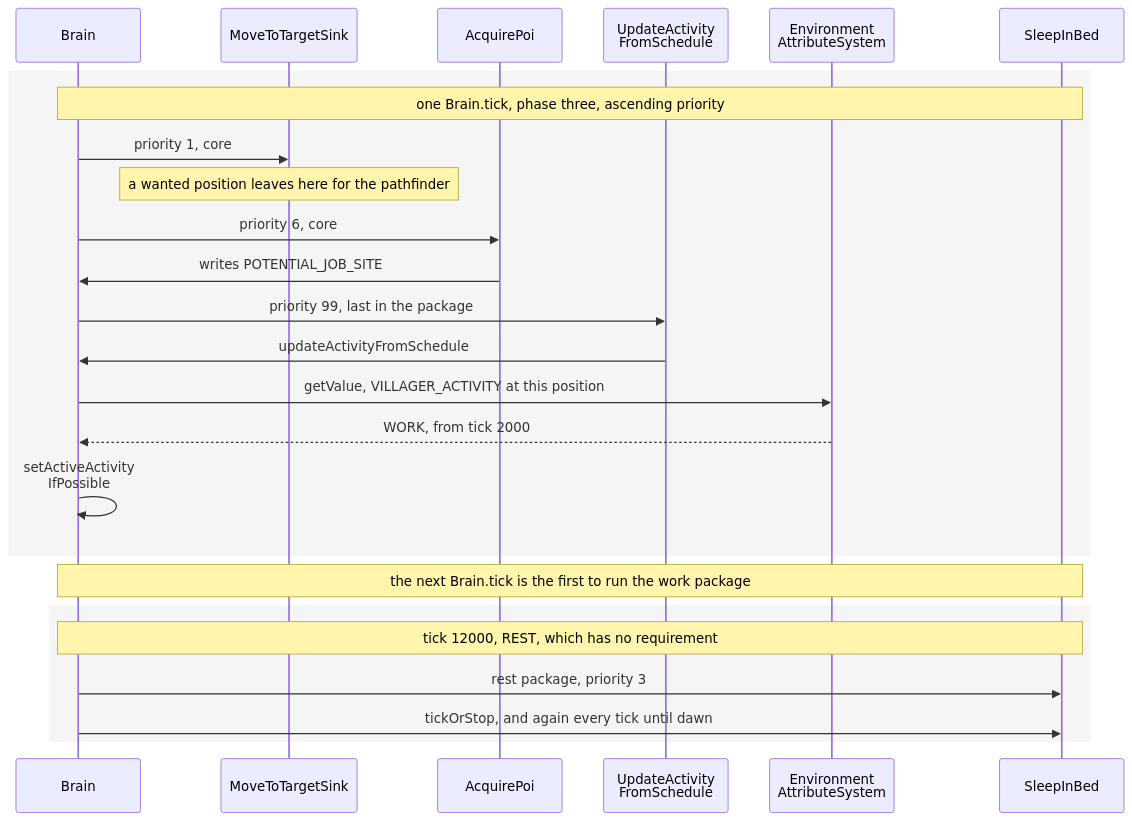
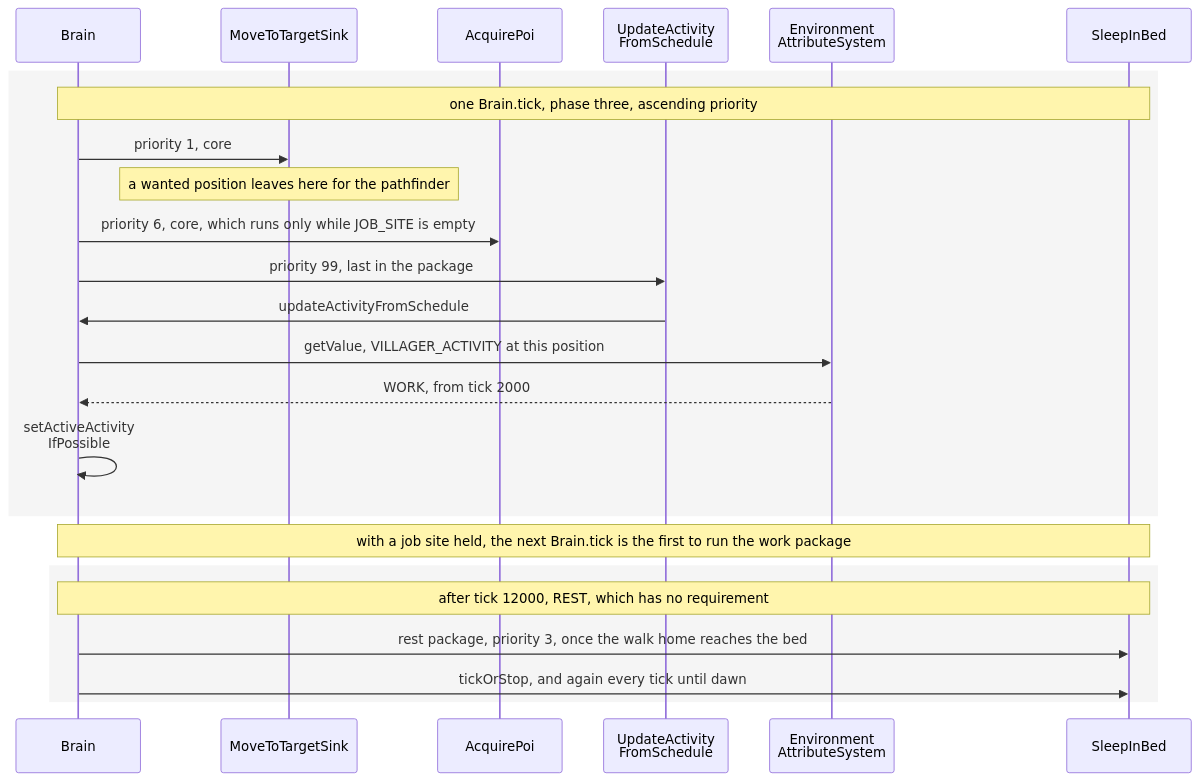
The second of 2 diagrams in src/systems/entities/ai-goals-and-brains.md (AlexanderjFraser/MinecraftDocs), drawn with Mermaid before and after one commit. The commit also changed other lines of this file and 21 other files, not shown here.

````diff
--- a/src/systems/entities/ai-goals-and-brains.md
+++ b/src/systems/entities/ai-goals-and-brains.md
@@ -351,28 +359,27 @@
 ```mermaid
 sequenceDiagram
     participant Brain as Brain
     participant MTS as MoveToTargetSink
     participant AP as AcquirePoi
     participant UAFS as UpdateActivity<br/>FromSchedule
     participant EAS as Environment<br/>AttributeSystem
     participant SIB as SleepInBed
 
     rect rgba(0, 0, 0, 0.04)
     Note over Brain,SIB: one Brain.tick, phase three, ascending priority
     Brain->>MTS: priority 1, core
     Note over MTS: a wanted position leaves here for the pathfinder
-    Brain->>AP: priority 6, core
-    AP->>Brain: writes POTENTIAL_JOB_SITE
+    Brain->>AP: priority 6, core, which runs only while JOB_SITE is empty
     Brain->>UAFS: priority 99, last in the package
     UAFS->>Brain: updateActivityFromSchedule
     Brain->>EAS: getValue, VILLAGER_ACTIVITY at this position
     EAS-->>Brain: WORK, from tick 2000
     Brain->>Brain: setActiveActivity<br/>IfPossible
     end
-    Note over Brain,SIB: the next Brain.tick is the first to run the work package
+    Note over Brain,SIB: with a job site held, the next Brain.tick is the first to run the work package
     rect rgba(0, 0, 0, 0.04)
-    Note over Brain,SIB: tick 12000, REST, which has no requirement
-    Brain->>SIB: rest package, priority 3
+    Note over Brain,SIB: after tick 12000, REST, which has no requirement
+    Brain->>SIB: rest package, priority 3, once the walk home reaches the bed
     Brain->>SIB: tickOrStop, and again every tick until dawn
     end
 ```
````
